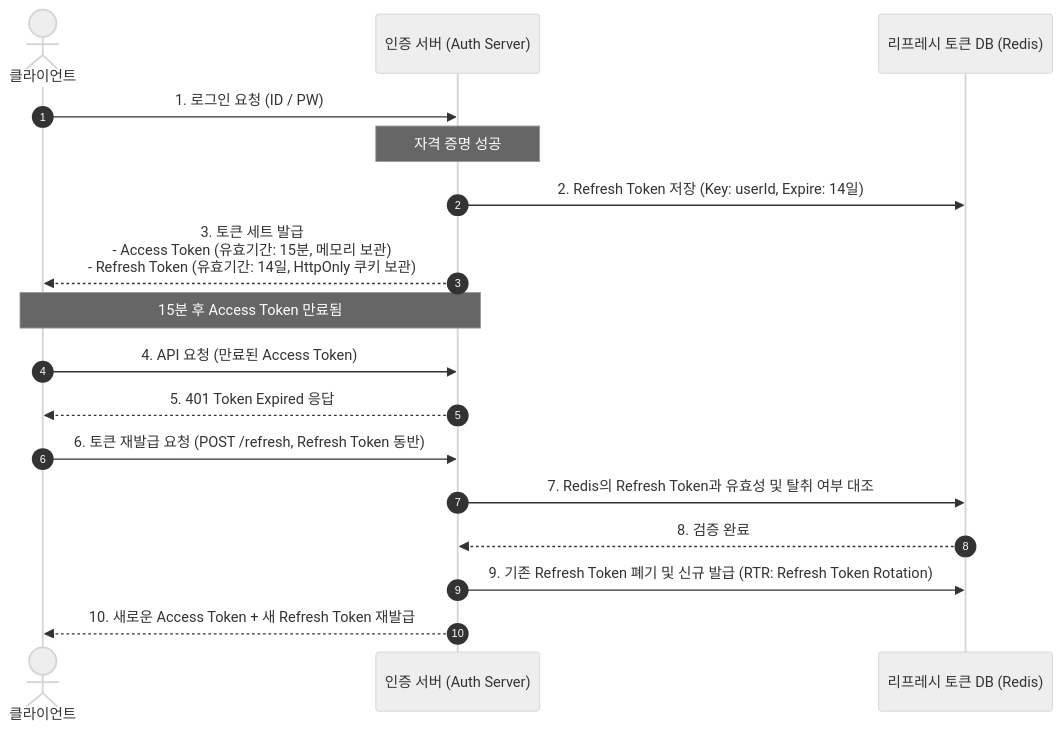
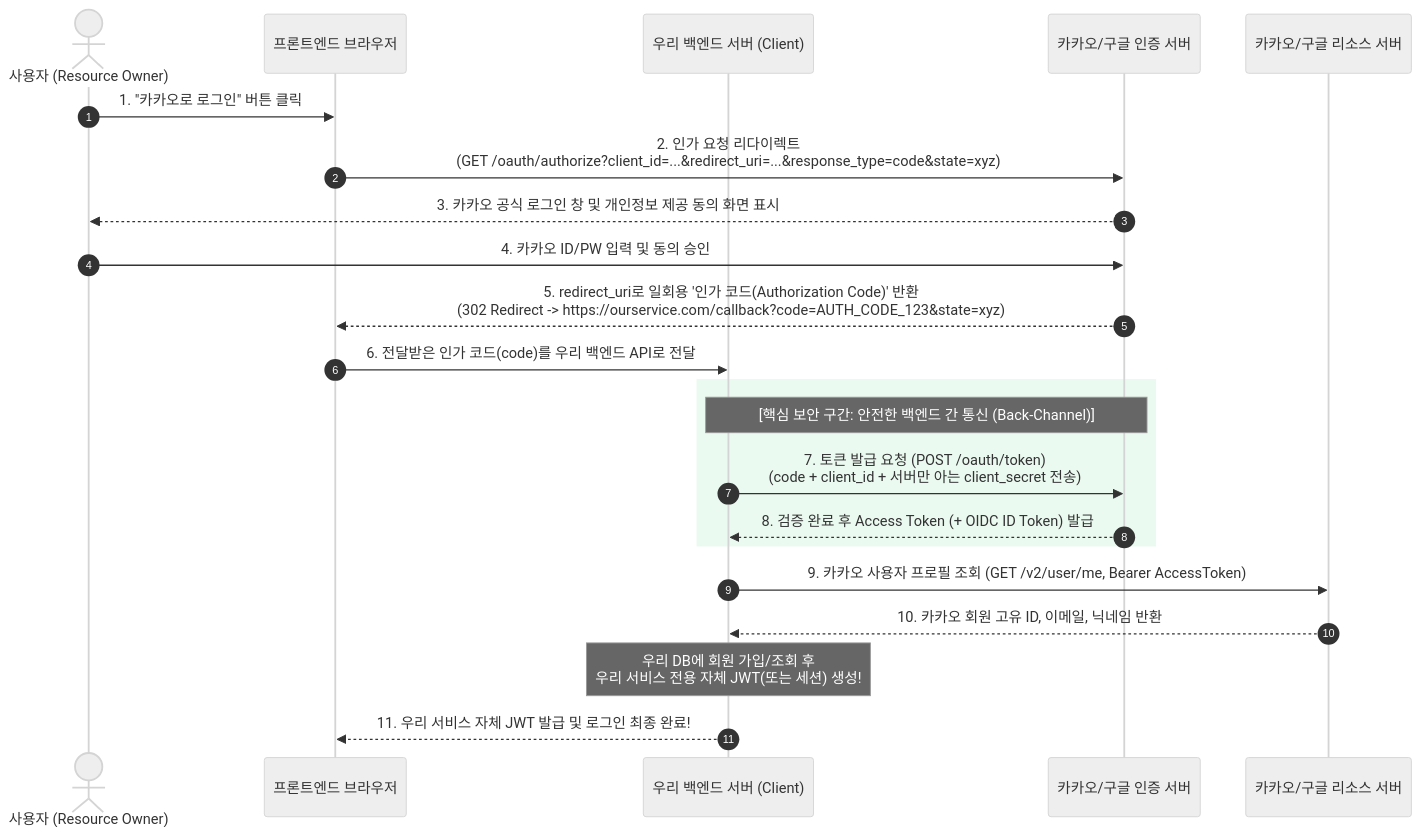
Before and after one commit to keimania/tech-notes: the tenth of 11 diagrams in 08_네트워크_기술.md, drawn with Mermaid (neutral theme). The commit also changed other lines of this file and 12 other files, not shown here.

````diff
--- a/08_네트워크_기술.md
+++ b/08_네트워크_기술.md
@@ -844,23 +1130,28 @@
 ```mermaid
 sequenceDiagram
     autonumber
-    actor C as 클라이언트
-    participant S as 인증 서버 (Auth Server)
-    participant R as 리프레시 토큰 DB (Redis)
+    actor User as 사용자 (Resource Owner)
+    participant Browser as 프론트엔드 브라우저
+    participant Backend as 우리 백엔드 서버 (Client)
+    participant Auth as 카카오/구글 인증 서버
+    participant Resource as 카카오/구글 리소스 서버
 
-    C->>S: 1. 로그인 요청 (ID / PW)
-    Note over S: 자격 증명 성공
-    S->>R: 2. Refresh Token 저장 (Key: userId, Expire: 14일)
-    S-->>C: 3. 토큰 세트 발급<br/>- Access Token (유효기간: 15분, 메모리 보관)<br/>- Refresh Token (유효기간: 14일, HttpOnly 쿠키 보관)
+    User->>Browser: 1. "카카오로 로그인" 버튼 클릭
+    Browser->>Auth: 2. 인가 요청 리다이렉트<br/>(GET /oauth/authorize?client_id=...&redirect_uri=...&response_type=code&state=xyz)
+    Auth-->>User: 3. 카카오 공식 로그인 창 및 개인정보 제공 동의 화면 표시
+    User->>Auth: 4. 카카오 ID/PW 입력 및 동의 승인
+    Auth-->>Browser: 5. redirect_uri로 일회용 '인가 코드(Authorization Code)' 반환<br/>(302 Redirect -> https://ourservice.com/callback?code=AUTH_CODE_123&state=xyz)
+    
+    Browser->>Backend: 6. 전달받은 인가 코드(code)를 우리 백엔드 API로 전달
+    
+    rect rgb(235, 250, 240)
+    Note over Backend,Auth: [핵심 보안 구간: 안전한 백엔드 간 통신 (Back-Channel)]
+    Backend->>Auth: 7. 토큰 발급 요청 (POST /oauth/token)<br/>(code + client_id + 서버만 아는 client_secret 전송)
+    Auth-->>Backend: 8. 검증 완료 후 Access Token (+ OIDC ID Token) 발급
+    end
 
-    Note over C,S: 15분 후 Access Token 만료됨
-
-    C->>S: 4. API 요청 (만료된 Access Token)
-    S-->>C: 5. 401 Token Expired 응답
-
-    C->>S: 6. 토큰 재발급 요청 (POST /refresh, Refresh Token 동반)
-    S->>R: 7. Redis의 Refresh Token과 유효성 및 탈취 여부 대조
-    R-->>S: 8. 검증 완료
-    S->>R: 9. 기존 Refresh Token 폐기 및 신규 발급 (RTR: Refresh Token Rotation)
-    S-->>C: 10. 새로운 Access Token + 새 Refresh Token 재발급
+    Backend->>Resource: 9. 카카오 사용자 프로필 조회 (GET /v2/user/me, Bearer AccessToken)
+    Resource-->>Backend: 10. 카카오 회원 고유 ID, 이메일, 닉네임 반환
+    Note over Backend: 우리 DB에 회원 가입/조회 후<br/>우리 서비스 전용 자체 JWT(또는 세션) 생성!
+    Backend-->>Browser: 11. 우리 서비스 자체 JWT 발급 및 로그인 최종 완료!
 ```
````
